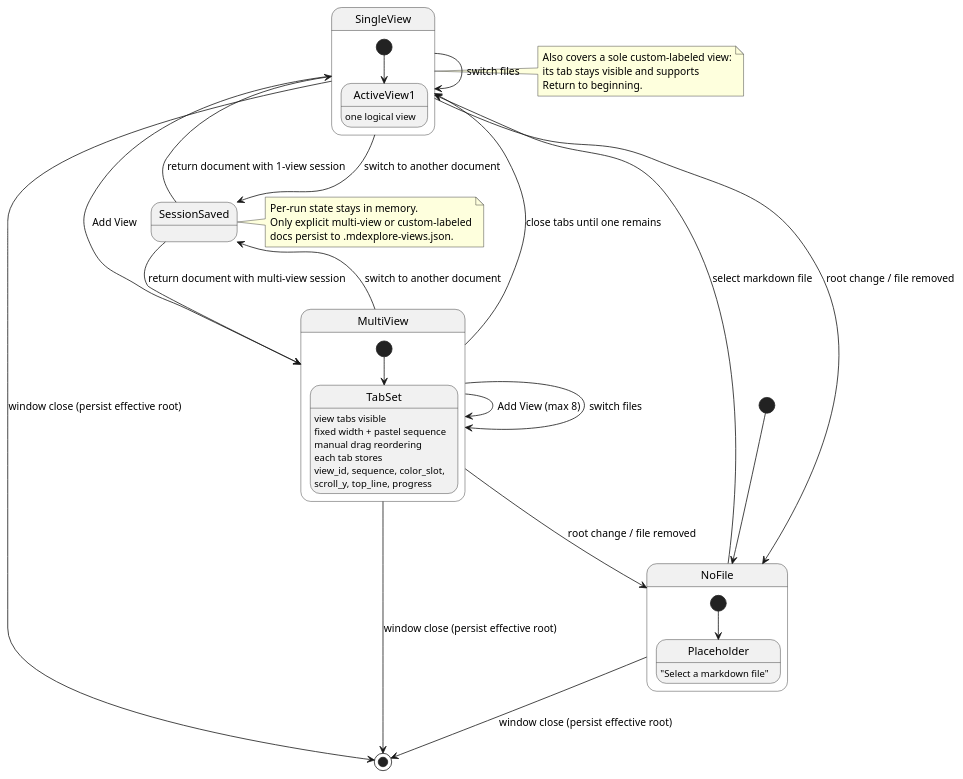
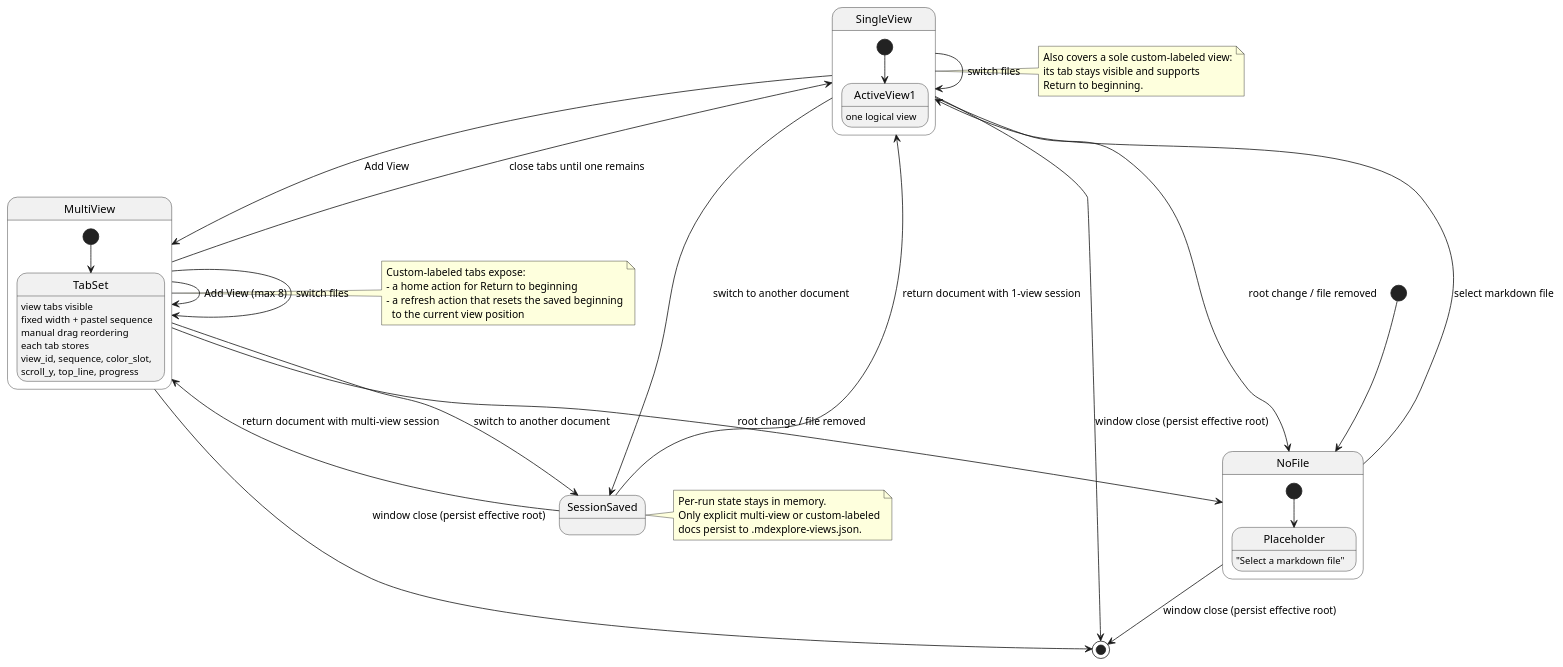
One commit to ngpepin/mdexplore changed the ninth of 9 diagrams in UML.md. Above: the diagram before and after it, drawn with PlantUML. The commit also changed other lines of this file and 9 other files, not shown here.

````diff
--- a/UML.md
+++ b/UML.md
@@ -540,52 +565,58 @@
 ```plantuml
 @startuml
 [*] --> NoFile
 
 state NoFile {
   [*] --> Placeholder
   Placeholder : "Select a markdown file"
 }
 
 NoFile --> SingleView : select markdown file
 
 state SingleView {
   [*] --> ActiveView1
   ActiveView1 : one logical view
 }
 note right of SingleView
   Also covers a sole custom-labeled view:
   its tab stays visible and supports
   Return to beginning.
 end note
 
 SingleView --> MultiView : Add View
 MultiView --> MultiView : Add View (max 8)
 MultiView --> SingleView : close tabs until one remains
 
 state MultiView {
   [*] --> TabSet
   TabSet : view tabs visible\nfixed width + pastel sequence\nmanual drag reordering
   TabSet : each tab stores\nview_id, sequence, color_slot,\nscroll_y, top_line, progress
 }
+note right of MultiView
+  Custom-labeled tabs expose:
+  - a home action for Return to beginning
+  - a refresh action that resets the saved beginning
+    to the current view position
+end note
 
 SingleView --> SingleView : switch files
 MultiView --> MultiView : switch files
 
 SingleView --> SessionSaved : switch to another document
 MultiView --> SessionSaved : switch to another document
 SessionSaved --> SingleView : return document with 1-view session
 SessionSaved --> MultiView : return document with multi-view session
 note right of SessionSaved
   Per-run state stays in memory.
   Only explicit multi-view or custom-labeled
   docs persist to .mdexplore-views.json.
 end note
 
 SingleView --> NoFile : root change / file removed
 MultiView --> NoFile : root change / file removed
 
 NoFile --> [*] : window close (persist effective root)
 SingleView --> [*] : window close (persist effective root)
 MultiView --> [*] : window close (persist effective root)
 @enduml
 ```
````
